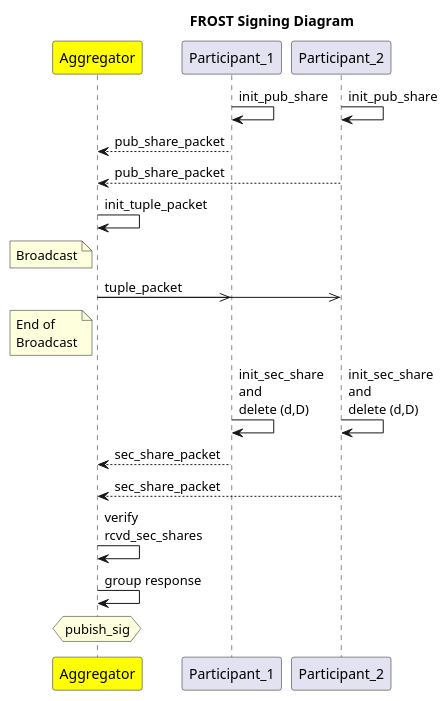
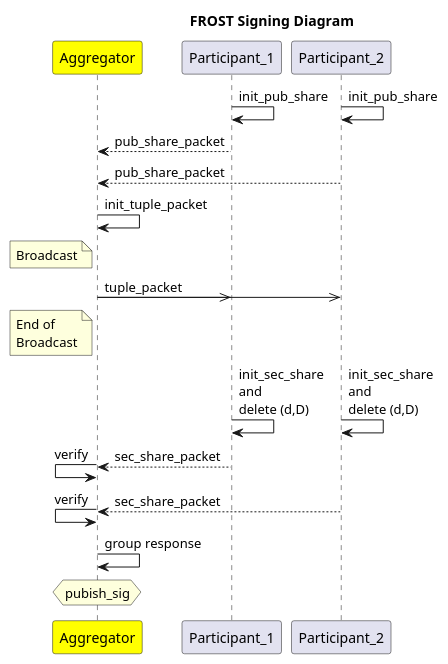
One commit to Jas0n00/FROST_thesis changed the diagram in signing_scheme.puml. Above: the diagram before and after it, drawn with PlantUML. The commit also changed 7 other files, not shown here.

```diff
--- a/signing_scheme.puml
+++ b/signing_scheme.puml
@@ -1,34 +1,36 @@
 @startuml Signing Scheme
 title FROST Signing Diagram
 participant Aggregator as agg #Yellow
 participant Participant_1 as p1
 participant Participant_2 as p2
 
 
 !pragma teoz true
 
 
 p1 -> p1 : init_pub_share
 & p2 -> p2 : init_pub_share
 
 p1 --> agg : pub_share_packet
 p2 --> agg : pub_share_packet
 
 agg -> agg : init_tuple_packet
 
 note left of agg : Broadcast
 agg ->> p1 : tuple_packet
 & agg ->> p2 
 note left of agg : End of \nBroadcast
 
 p1 -> p1 : init_sec_share\nand \ndelete (d,D)
 & p2 -> p2 : init_sec_share\nand \ndelete (d,D)
 
 p1 --> agg : sec_share_packet
+& agg <- agg : verify
+
 p2 --> agg : sec_share_packet
+& agg <- agg : verify
 
-agg -> agg : verify \nrcvd_sec_shares
 agg -> agg : group response
 hnote over agg : pubish_sig
 
 @enduml
```
